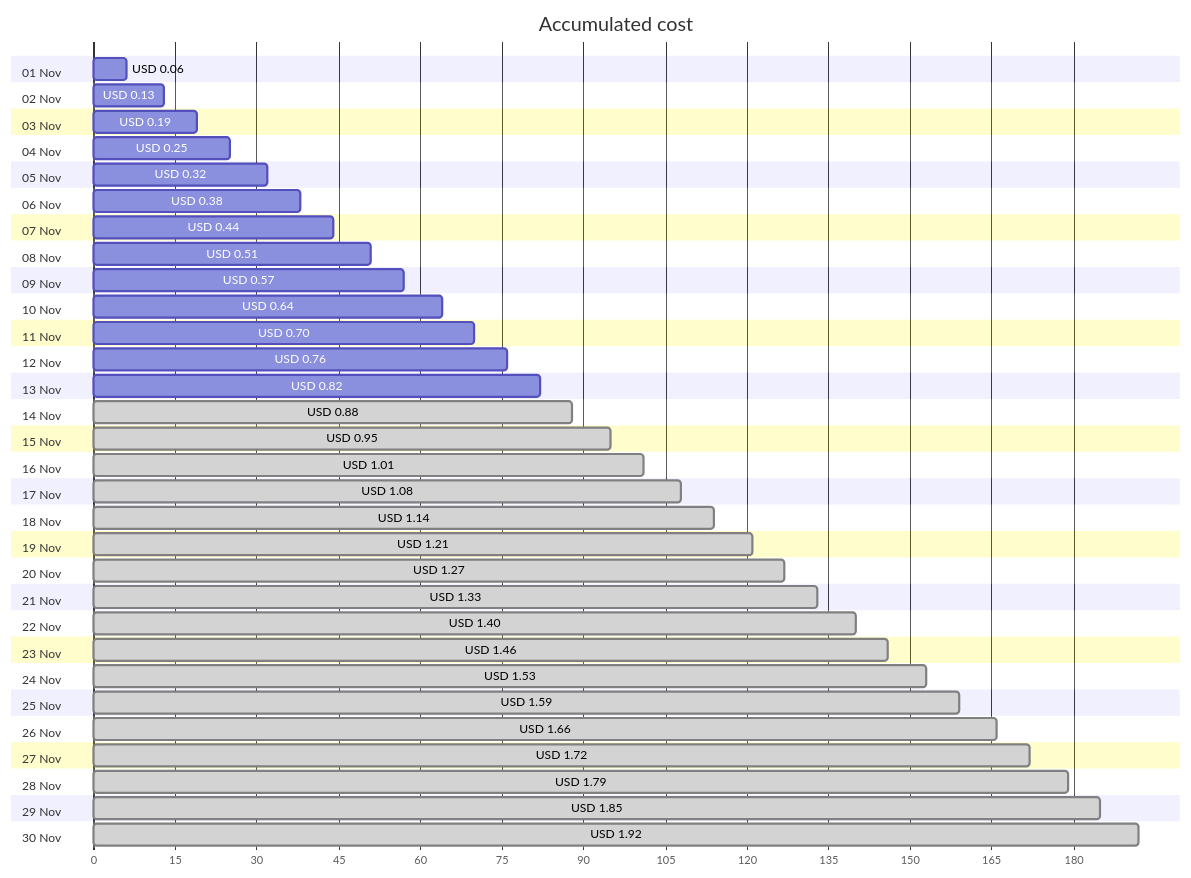
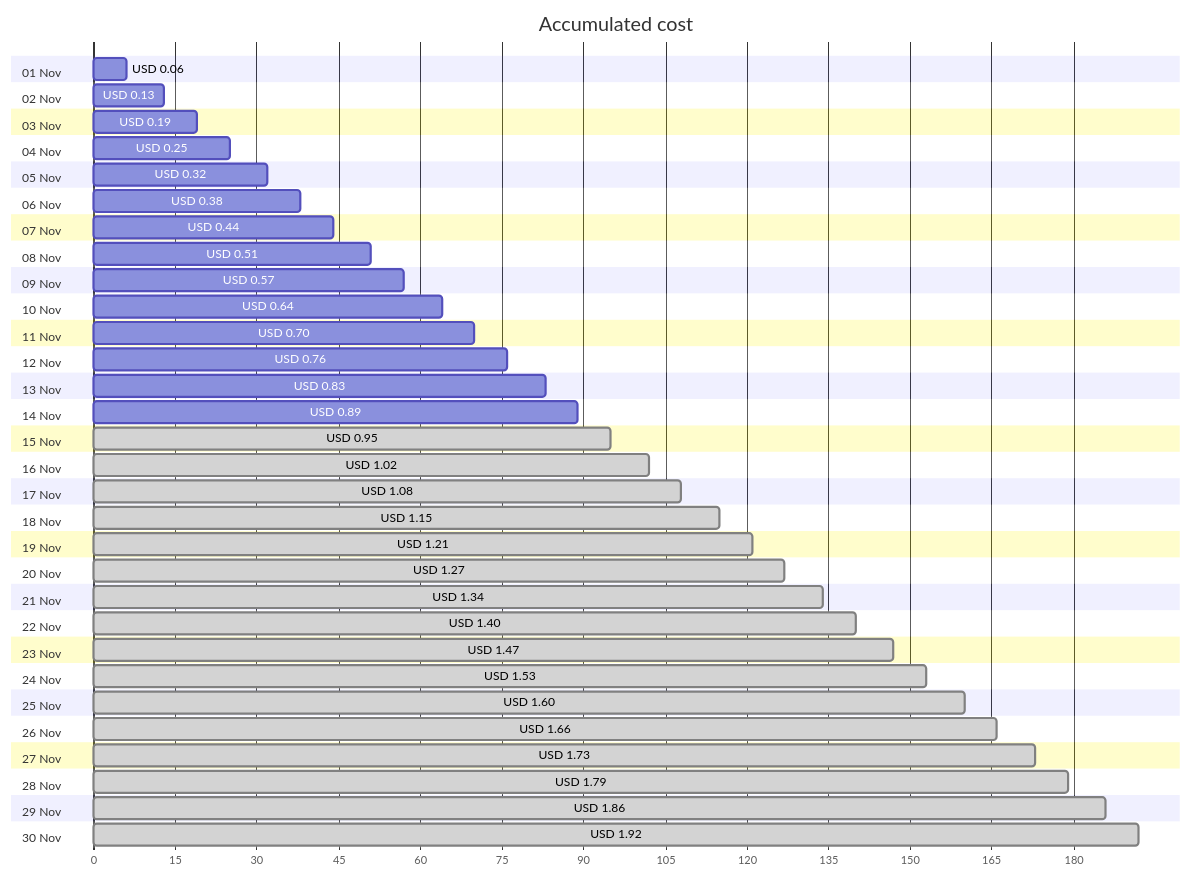
Before and after one commit to jpfulton/azure-personal-reports: the first of 4 diagrams in cost-reports/personal-network/vpn-server_OsDisk.md, drawn with Mermaid. The commit also changed other lines of this file and 8 other files, not shown here.

````diff
--- a/cost-reports/personal-network/vpn-server_OsDisk.md
+++ b/cost-reports/personal-network/vpn-server_OsDisk.md
@@ -20,66 +20,66 @@
 ```mermaid
 gantt
    title Accumulated cost
    dateFormat  X
    axisFormat %s
    section 01 Nov
    USD 0.06 :0, 6
    section 02 Nov
    USD 0.13 :0, 13
    section 03 Nov
    USD 0.19 :0, 19
    section 04 Nov
    USD 0.25 :0, 25
    section 05 Nov
    USD 0.32 :0, 32
    section 06 Nov
    USD 0.38 :0, 38
    section 07 Nov
    USD 0.44 :0, 44
    section 08 Nov
    USD 0.51 :0, 51
    section 09 Nov
    USD 0.57 :0, 57
    section 10 Nov
    USD 0.64 :0, 64
    section 11 Nov
    USD 0.70 :0, 70
    section 12 Nov
    USD 0.76 :0, 76
    section 13 Nov
-   USD 0.82 :0, 82
+   USD 0.83 :0, 83
    section 14 Nov
-   USD 0.88 : done, 0, 88
+   USD 0.89 :0, 89
    section 15 Nov
    USD 0.95 : done, 0, 95
    section 16 Nov
-   USD 1.01 : done, 0, 101
+   USD 1.02 : done, 0, 102
    section 17 Nov
    USD 1.08 : done, 0, 108
    section 18 Nov
-   USD 1.14 : done, 0, 114
+   USD 1.15 : done, 0, 115
    section 19 Nov
    USD 1.21 : done, 0, 121
    section 20 Nov
    USD 1.27 : done, 0, 127
    section 21 Nov
-   USD 1.33 : done, 0, 133
+   USD 1.34 : done, 0, 134
    section 22 Nov
    USD 1.40 : done, 0, 140
    section 23 Nov
-   USD 1.46 : done, 0, 146
+   USD 1.47 : done, 0, 147
    section 24 Nov
    USD 1.53 : done, 0, 153
    section 25 Nov
-   USD 1.59 : done, 0, 159
+   USD 1.60 : done, 0, 160
    section 26 Nov
    USD 1.66 : done, 0, 166
    section 27 Nov
-   USD 1.72 : done, 0, 172
+   USD 1.73 : done, 0, 173
    section 28 Nov
    USD 1.79 : done, 0, 179
    section 29 Nov
-   USD 1.85 : done, 0, 185
+   USD 1.86 : done, 0, 186
    section 30 Nov
    USD 1.92 : done, 0, 192
 ```
````
